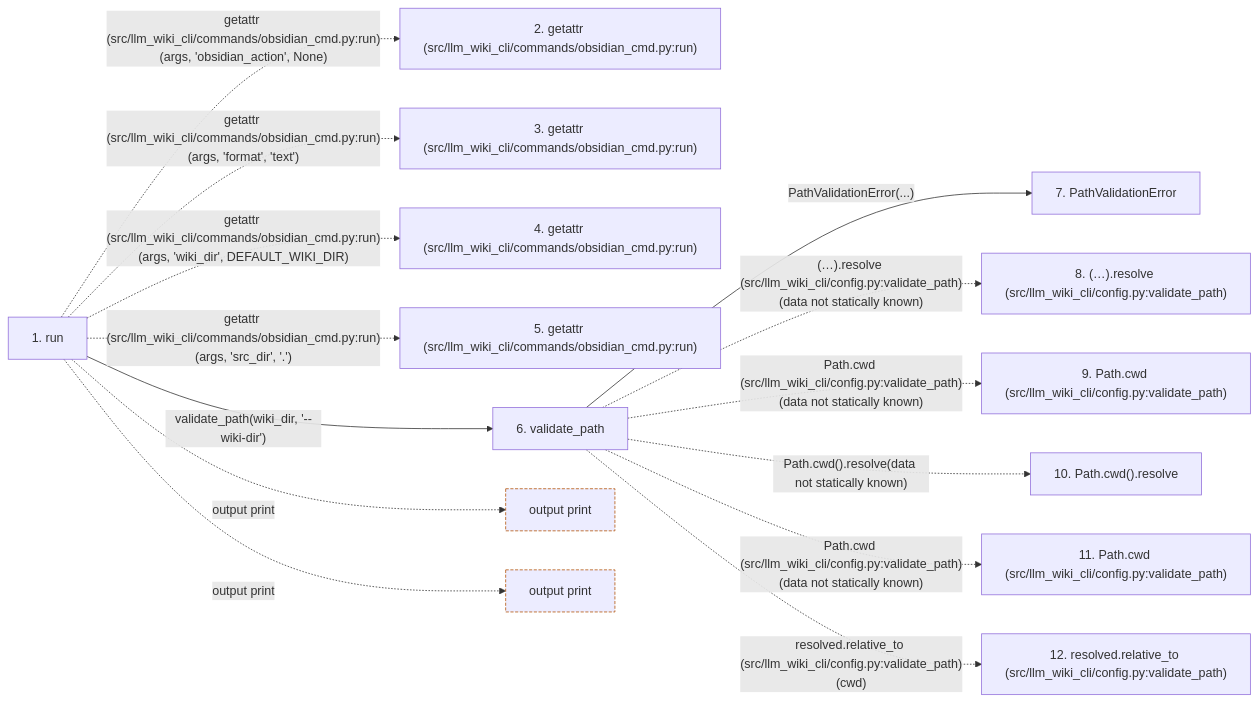
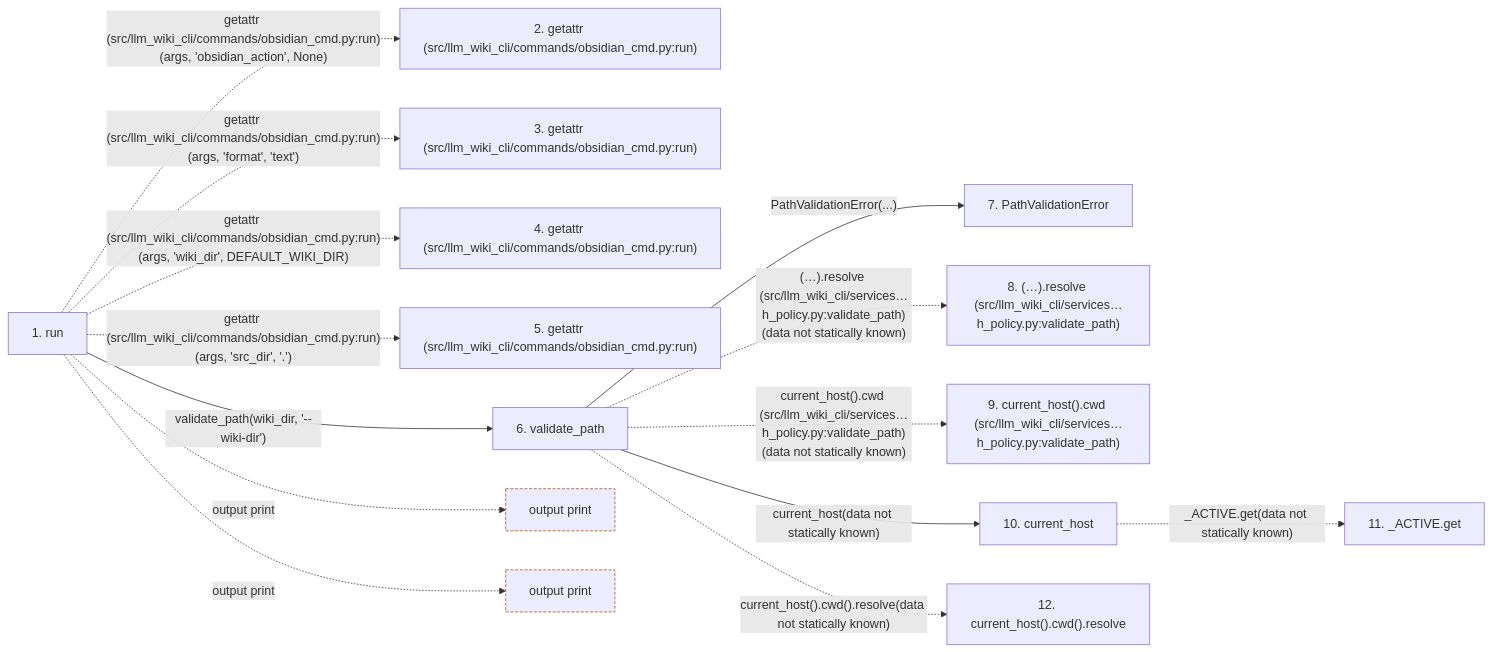
Before and after one commit to Denissvgn/python-wiki-llm: the second of 2 diagrams in docs/llm_wiki/flows/cli-obsidian.md, drawn with Mermaid. The commit also changed other lines of this file and 1555 other files, not shown here.

````diff
--- a/docs/llm_wiki/flows/cli-obsidian.md
+++ b/docs/llm_wiki/flows/cli-obsidian.md
@@ -187,36 +190,37 @@
 ```mermaid
 flowchart LR
     s1["1. run"]
     s2["2. getattr (src/llm_wiki_cli/commands/obsidian_cmd.py:run)"]
     s3["3. getattr (src/llm_wiki_cli/commands/obsidian_cmd.py:run)"]
     s4["4. getattr (src/llm_wiki_cli/commands/obsidian_cmd.py:run)"]
     s5["5. getattr (src/llm_wiki_cli/commands/obsidian_cmd.py:run)"]
     s6["6. validate_path"]
     s7["7. PathValidationError"]
-    s8["8. (…).resolve (src/llm_wiki_cli/config.py:validate_path)"]
-    s9["9. Path.cwd (src/llm_wiki_cli/config.py:validate_path)"]
-    s10["10. Path.cwd().resolve"]
-    s11["11. Path.cwd (src/llm_wiki_cli/config.py:validate_path)"]
-    s12["12. resolved.relative_to (src/llm_wiki_cli/config.py:validate_path)"]
+    s8["8. (…).resolve (src/llm_wiki_cli/services…h_policy.py:validate_path)"]
+    s9["9. current_host().cwd (src/llm_wiki_cli/services…h_policy.py:validate_path)"]
+    s10["10. current_host"]
+    s11["11. _ACTIVE.get"]
+    s12["12. current_host().cwd().resolve"]
     s1 -. "getattr (src/llm_wiki_cli/commands/obsidian_cmd.py:run)(args, 'obsidian_action', None)" .-> s2
     s1 -. "getattr (src/llm_wiki_cli/commands/obsidian_cmd.py:run)(args, 'format', 'text')" .-> s3
     s1 -. "getattr (src/llm_wiki_cli/commands/obsidian_cmd.py:run)(args, 'wiki_dir', DEFAULT_WIKI_DIR)" .-> s4
     s1 -. "getattr (src/llm_wiki_cli/commands/obsidian_cmd.py:run)(args, 'src_dir', '.')" .-> s5
     s1 -->|"validate_path(wiki_dir, '--wiki-dir')"| s6
     s6 -->|"PathValidationError(...)"| s7
-    s6 -. "(…).resolve (src/llm_wiki_cli/config.py:validate_path)(data not statically known)" .-> s8
-    s6 -. "Path.cwd (src/llm_wiki_cli/config.py:validate_path)(data not statically known)" .-> s9
-    s6 -. "Path.cwd().resolve(data not statically known)" .-> s10
-    s6 -. "Path.cwd (src/llm_wiki_cli/config.py:validate_path)(data not statically known)" .-> s11
-    s6 -. "resolved.relative_to (src/llm_wiki_cli/config.py:validate_path)(cwd)" .-> s12
+    s6 -. "(…).resolve (src/llm_wiki_cli/services…h_policy.py:validate_path)(data not statically known)" .-> s8
+    s6 -. "current_host().cwd (src/llm_wiki_cli/services…h_policy.py:validate_path)(data not statically known)" .-> s9
+    s6 -->|"current_host(data not statically known)"| s10
+    s10 -. "_ACTIVE.get(data not statically known)" .-> s11
+    s6 -. "current_host().cwd().resolve(data not statically known)" .-> s12
     b0["output print"]
     s1 -. "output print" .-> b0
     b1["output print"]
     s1 -. "output print" .-> b1
     click s1 "../modules/obsidian_cmd.md"
-    click s6 "../modules/config.md"
-    click s7 "../modules/config.md"
+    click s6 "../modules/path_policy.md"
+    click s7 "../modules/path_policy.md"
+    click s10 "../modules/host.md"
     classDef boundary stroke:#b45309,stroke-dasharray: 4 2
     class b0 boundary
     class b1 boundary
 ```
````
